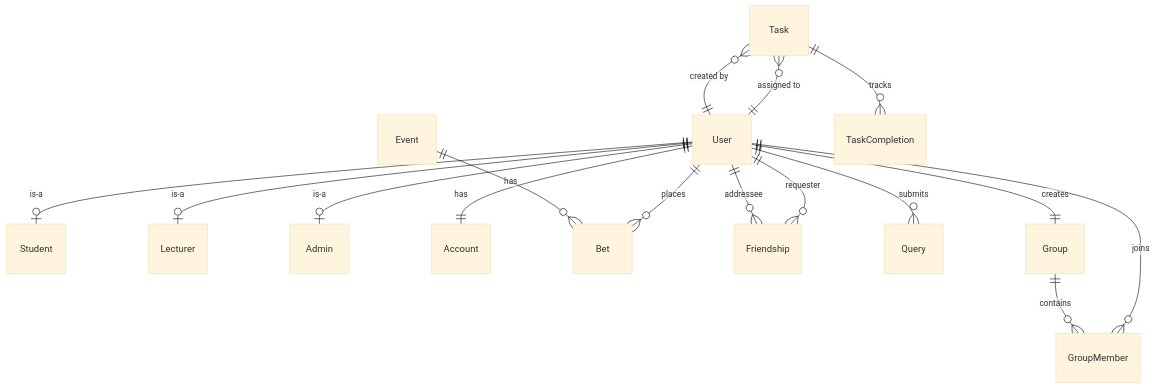
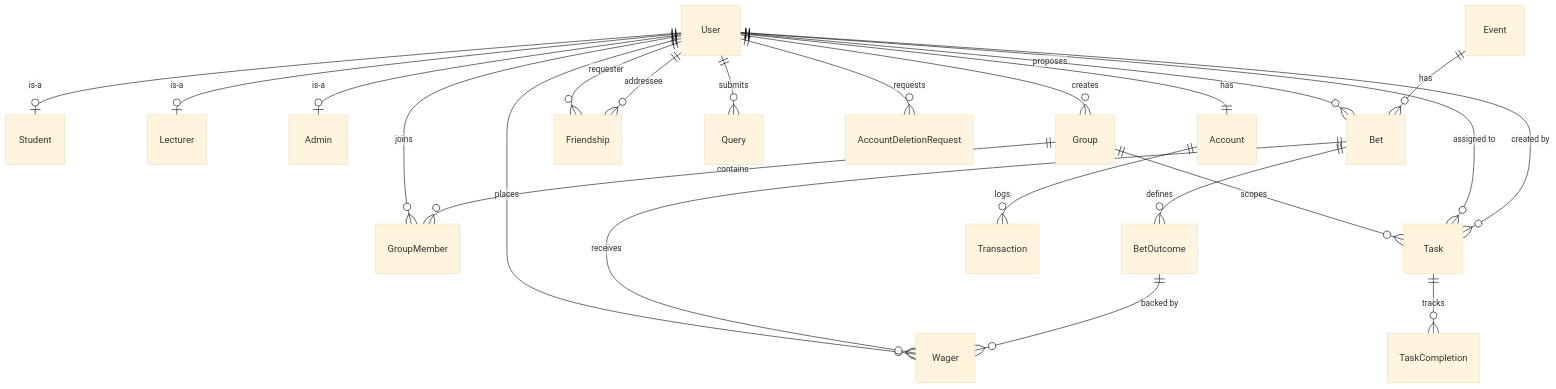
Before and after one commit to SiwaRanzel/MadiBets: the diagram in docs/PROJECT_DOCUMENTATION.md, drawn with Mermaid (base theme). The commit also changed other lines of this file and 6 other files, not shown here.

````diff
--- a/docs/PROJECT_DOCUMENTATION.md
+++ b/docs/PROJECT_DOCUMENTATION.md
@@ -85,18 +115,25 @@
 ```mermaid
 erDiagram
     User ||--o| Student : "is-a"
     User ||--o| Lecturer : "is-a"
     User ||--o| Admin : "is-a"
     User ||--|| Account : "has"
-    User ||--o{ Bet : "places"
+    User ||--o{ Wager : "places"
+    User ||--o{ Bet : "proposes"
     User ||--o{ Friendship : "requester"
     User ||--o{ Friendship : "addressee"
     User ||--o{ Query : "submits"
     User ||--o{ GroupMember : "joins"
+    User ||--o{ AccountDeletionRequest : "requests"
     Group ||--o{ GroupMember : "contains"
-    User ||--|| Group : "creates"
+    Group ||--o{ Task : "scopes"
+    User ||--o{ Group : "creates"
     Event ||--o{ Bet : "has"
+    Bet ||--o{ BetOutcome : "defines"
+    Bet ||--o{ Wager : "receives"
+    BetOutcome ||--o{ Wager : "backed by"
     Task }o--|| User : "assigned to"
     Task }o--|| User : "created by"
     Task ||--o{ TaskCompletion : "tracks"
+    Account ||--o{ Transaction : "logs"
 ```
````
